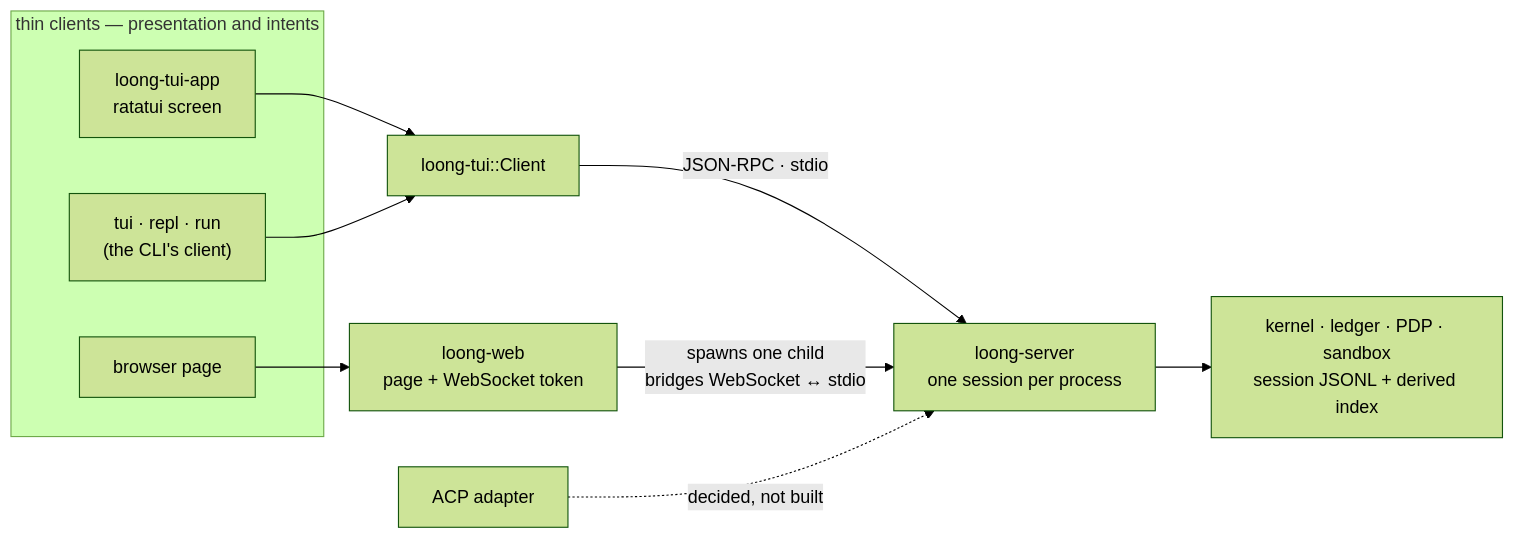
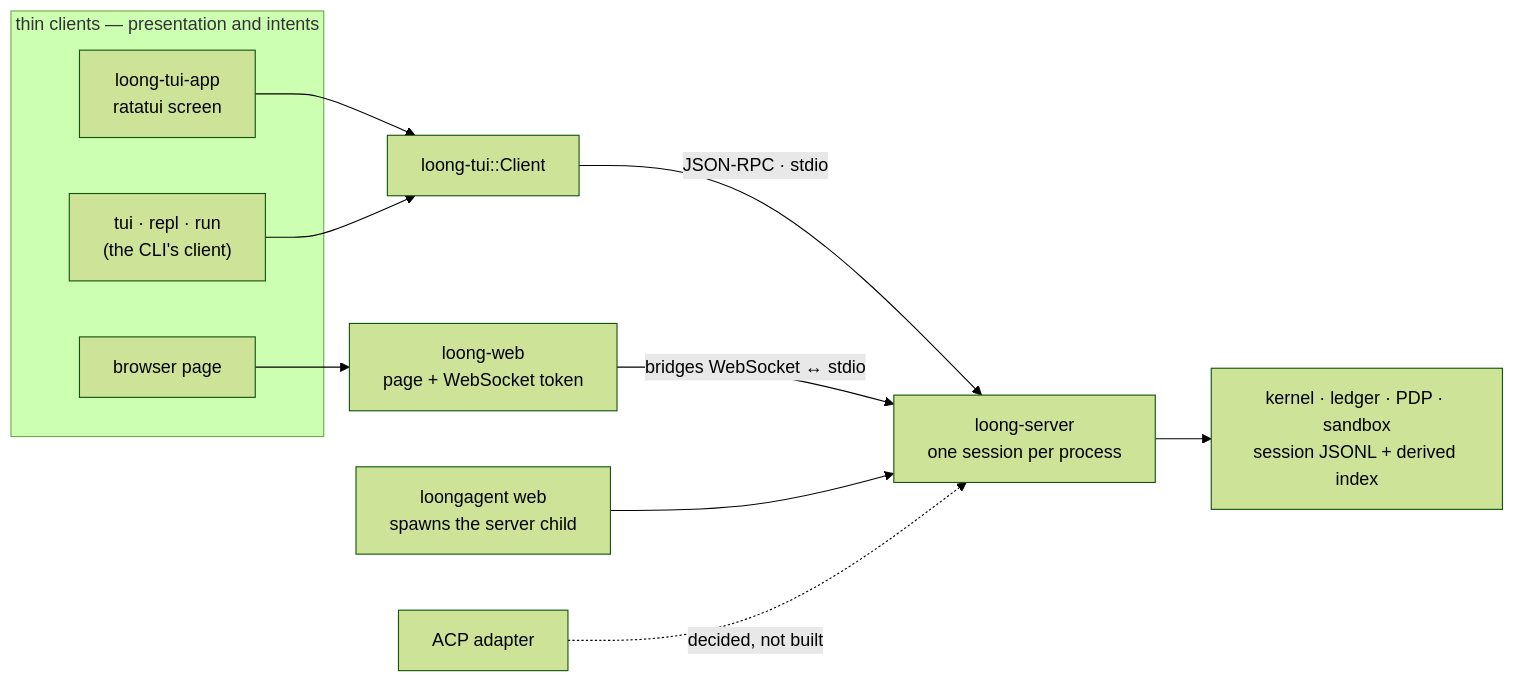
One commit to fengchangfight/loongagent changed the diagram in docs/design/surfaces.md. Above: the diagram before and after it, drawn with Mermaid (forest theme). The commit also changed other lines of this file and 3 other files, not shown here.

````diff
--- a/docs/design/surfaces.md
+++ b/docs/design/surfaces.md
@@ -134,15 +134,16 @@
 ```mermaid
 flowchart LR
     subgraph thin["thin clients — presentation and intents"]
         TUIAPP["loong-tui-app<br/>ratatui screen"]
         PAGE["browser page"]
         CLICLIENT["tui · repl · run<br/>(the CLI's client)"]
     end
     TUIAPP --> TUICLIENT["loong-tui::Client"]
     CLICLIENT --> TUICLIENT
     PAGE --> WEB["loong-web<br/>page + WebSocket token"]
     TUICLIENT -->|"JSON-RPC · stdio"| SERVER["loong-server<br/>one session per process"]
-    WEB -->|"spawns one child<br/>bridges WebSocket ↔ stdio"| SERVER
+    WEB -->|"bridges WebSocket ↔ stdio"| SERVER
+    CLIWEB["loongagent web<br/>spawns the server child"] --> SERVER
     SERVER --> KERNEL["kernel · ledger · PDP · sandbox<br/>session JSONL + derived index"]
     ACP["ACP adapter"] -.->|"decided, not built"| SERVER
 ```
````
